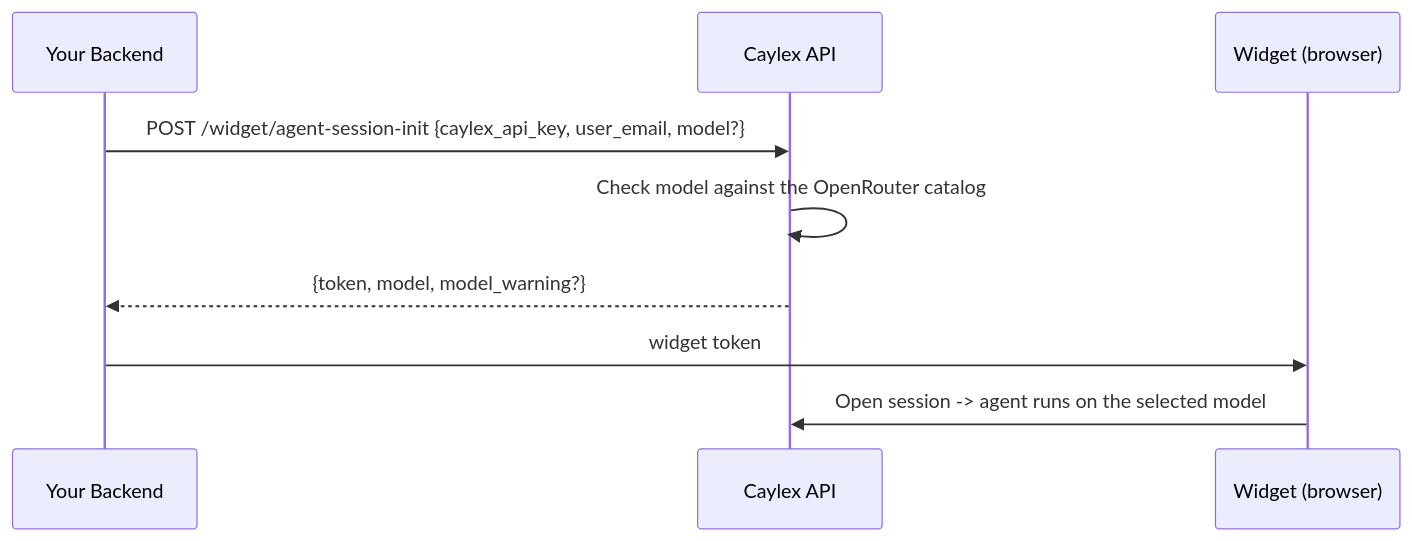
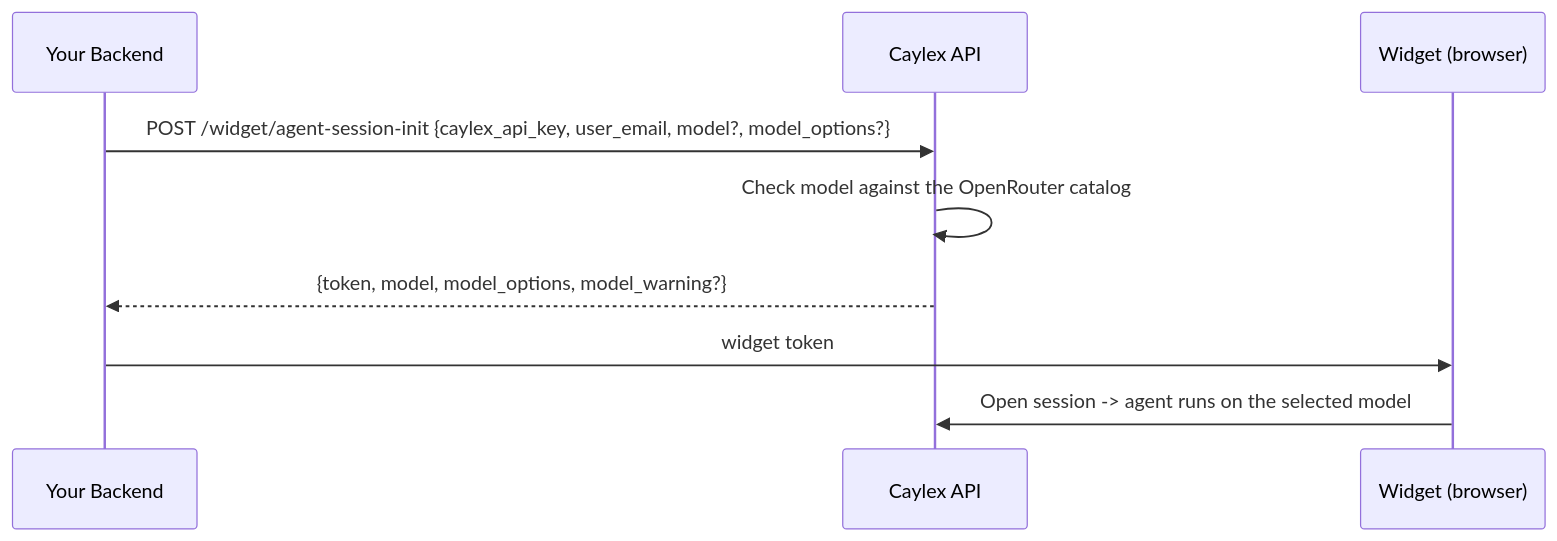
Before and after one commit to caylex-ai/caylex-developer-docs: the diagram in widget/agent/model-selection.mdx, drawn with Mermaid. The commit also changed other lines of this file and 4 other files, not shown here.

First line of the commit message:
Document model profiles and model options

````diff
--- a/widget/agent/model-selection.mdx
+++ b/widget/agent/model-selection.mdx
@@ -21,12 +23,12 @@
 ```mermaid
 sequenceDiagram
     participant Backend as Your Backend
     participant Caylex as Caylex API
     participant Widget as Widget (browser)
 
-    Backend->>Caylex: POST /widget/agent-session-init {caylex_api_key, user_email, model?}
+    Backend->>Caylex: POST /widget/agent-session-init {caylex_api_key, user_email, model?, model_options?}
     Caylex->>Caylex: Check model against the OpenRouter catalog
-    Caylex-->>Backend: {token, model, model_warning?}
+    Caylex-->>Backend: {token, model, model_options, model_warning?}
     Backend->>Widget: widget token
     Widget->>Caylex: Open session -> agent runs on the selected model
 ```
````
